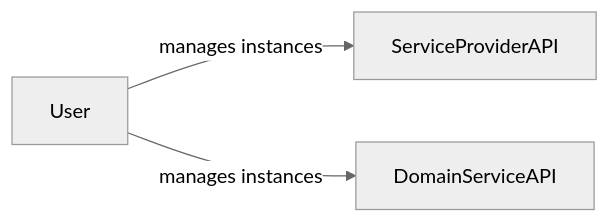
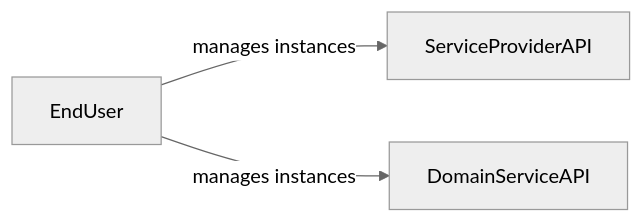
One commit to openmcp-project/docs changed the first of 7 diagrams in docs/about/design/service-provider.md. Above: the diagram before and after it, drawn with Mermaid (neutral theme). The commit also changed other lines of this file, not shown here.

````diff
--- a/docs/about/design/service-provider.md
+++ b/docs/about/design/service-provider.md
@@ -43,8 +43,8 @@
 ```mermaid
 graph LR
-    USR[User]
+    USR[EndUser]
     SPA[ServiceProviderAPI]
     DSA[DomainServiceAPI]
     USR -->|manages instances|SPA
     USR -->|manages instances|DSA
 ```
````
